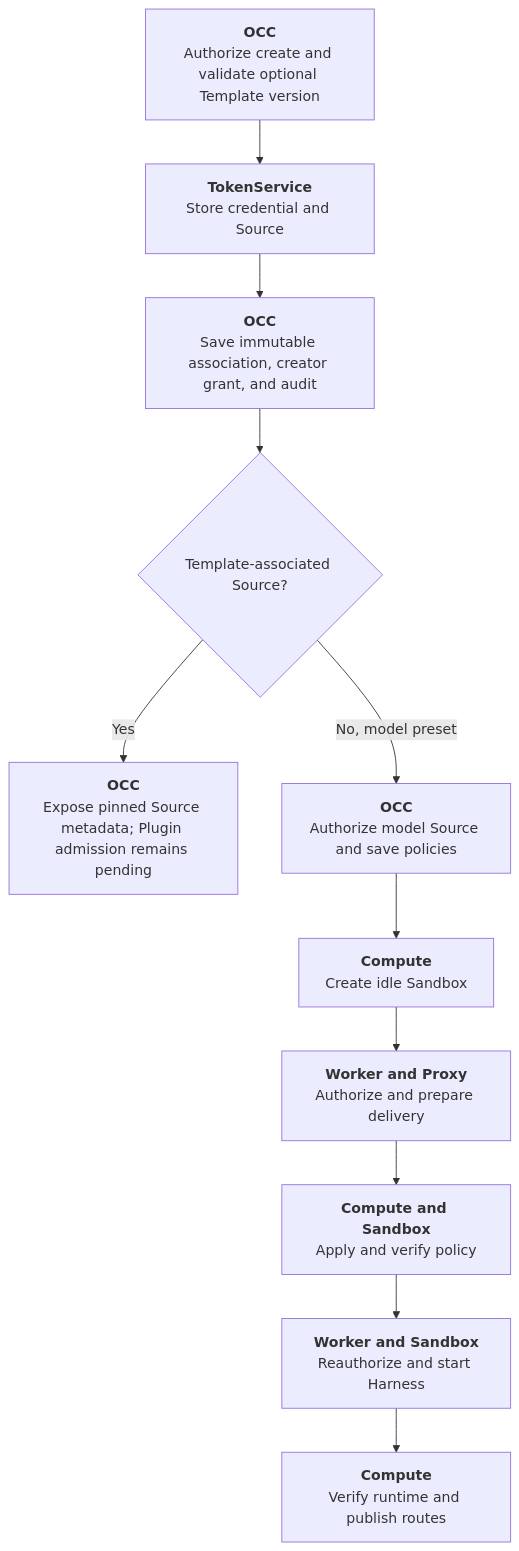
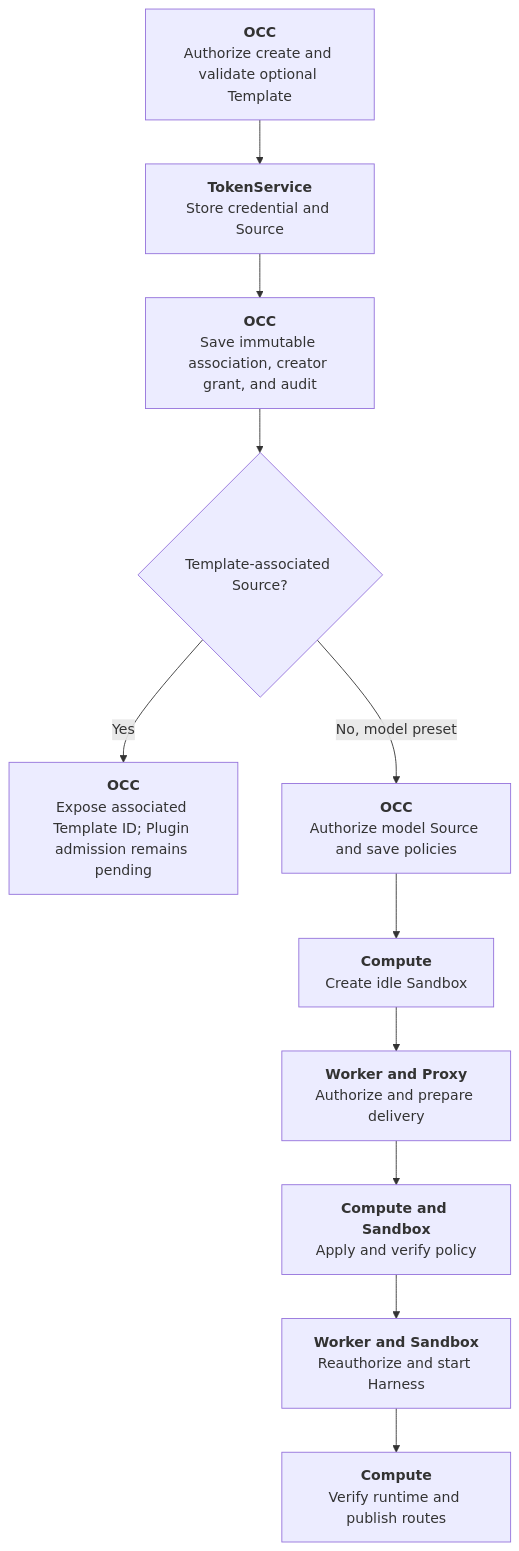
One commit to openclaw/openclaw-enterprise changed the diagram in docs/flows/credential-source-lifecycle.md. Above: the diagram before and after it, drawn with Mermaid. The commit also changed other lines of this file and 21 other files, not shown here.

````diff
--- a/docs/flows/credential-source-lifecycle.md
+++ b/docs/flows/credential-source-lifecycle.md
@@ -23,13 +23,13 @@
 ```mermaid
 graph TD
-  Select["<b>OCC</b><br/>Authorize create and validate optional Template version"] --> Register["<b>TokenService</b><br/>Store credential and Source"]
+  Select["<b>OCC</b><br/>Authorize create and validate optional Template"] --> Register["<b>TokenService</b><br/>Store credential and Source"]
   Register --> Associate["<b>OCC</b><br/>Save immutable association, creator grant, and audit"]
   Associate --> Kind{"Template-associated Source?"}
-  Kind -->|Yes| Discover["<b>OCC</b><br/>Expose pinned Source metadata; Plugin admission remains pending"]
+  Kind -->|Yes| Discover["<b>OCC</b><br/>Expose associated Template ID; Plugin admission remains pending"]
   Kind -->|No, model preset| Admit["<b>OCC</b><br/>Authorize model Source and save policies"]
   Admit --> Target["<b>Compute</b><br/>Create idle Sandbox"]
   Target --> Delivery["<b>Worker and Proxy</b><br/>Authorize and prepare delivery"]
   Delivery --> Ready["<b>Compute and Sandbox</b><br/>Apply and verify policy"]
   Ready --> Activate["<b>Worker and Sandbox</b><br/>Reauthorize and start Harness"]
   Activate --> Traffic["<b>Compute</b><br/>Verify runtime and publish routes"]
 ```
````
